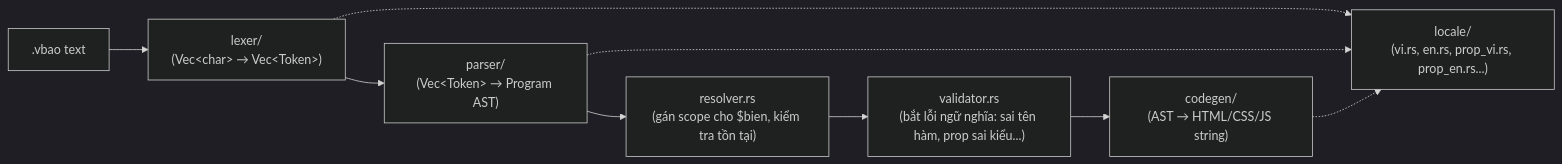
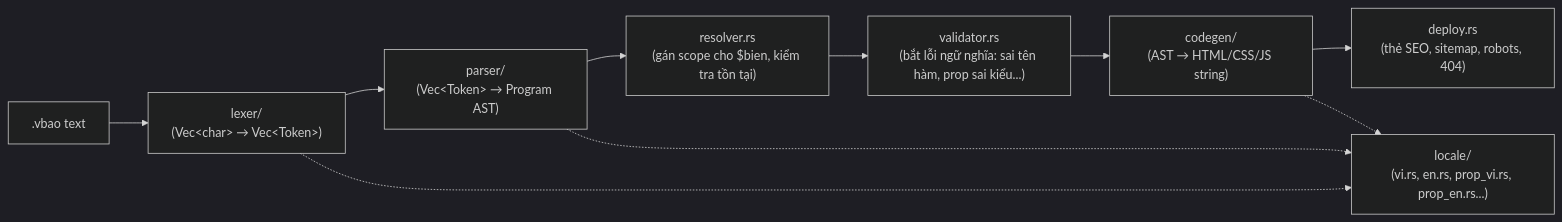
The second of 4 diagrams in docs/ARCHITECTURE.md (giabaovu375-alt/Vibaoc), drawn with Mermaid (dark theme) before and after one commit. The commit also changed other lines of this file and 63 other files, not shown here.

Commit message:
docs: cập nhật ARCHITECTURE và VIBAO_SPEC cho 0.1.5

````diff
--- a/docs/ARCHITECTURE.md
+++ b/docs/ARCHITECTURE.md
@@ -52,12 +54,13 @@
 ```mermaid
 flowchart LR
     Src[".vbao text"] --> Lex["lexer/\n(Vec&lt;char&gt; → Vec&lt;Token&gt;)"]
     Lex --> Par["parser/\n(Vec&lt;Token&gt; → Program AST)"]
     Par --> Res["resolver.rs\n(gán scope cho $bien, kiểm tra tồn tại)"]
     Res --> Val["validator.rs\n(bắt lỗi ngữ nghĩa: sai tên hàm, prop sai kiểu...)"]
     Val --> Gen["codegen/\n(AST → HTML/CSS/JS string)"]
+    Gen --> Dep["deploy.rs\n(thẻ SEO, sitemap, robots, 404)"]
 
     Lex -.-> Loc["locale/\n(vi.rs, en.rs, prop_vi.rs, prop_en.rs...)"]
     Par -.-> Loc
     Gen -.-> Loc
 ```
````
